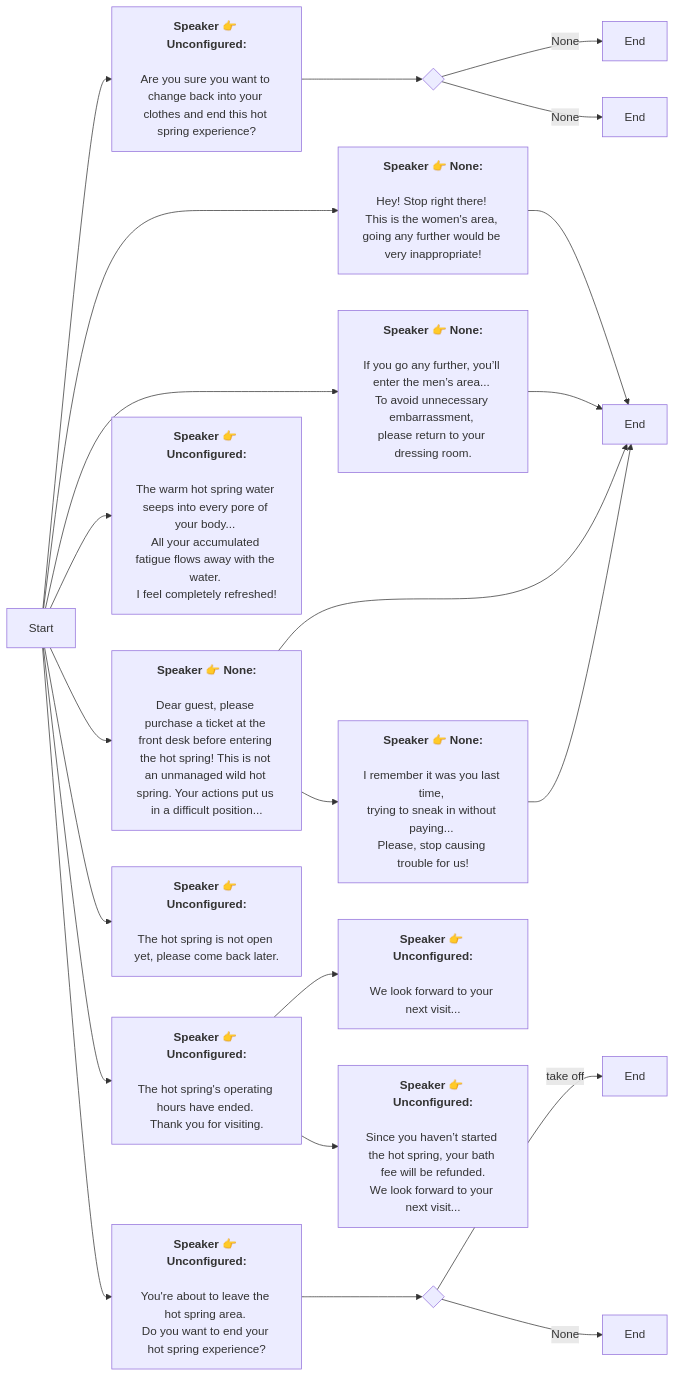
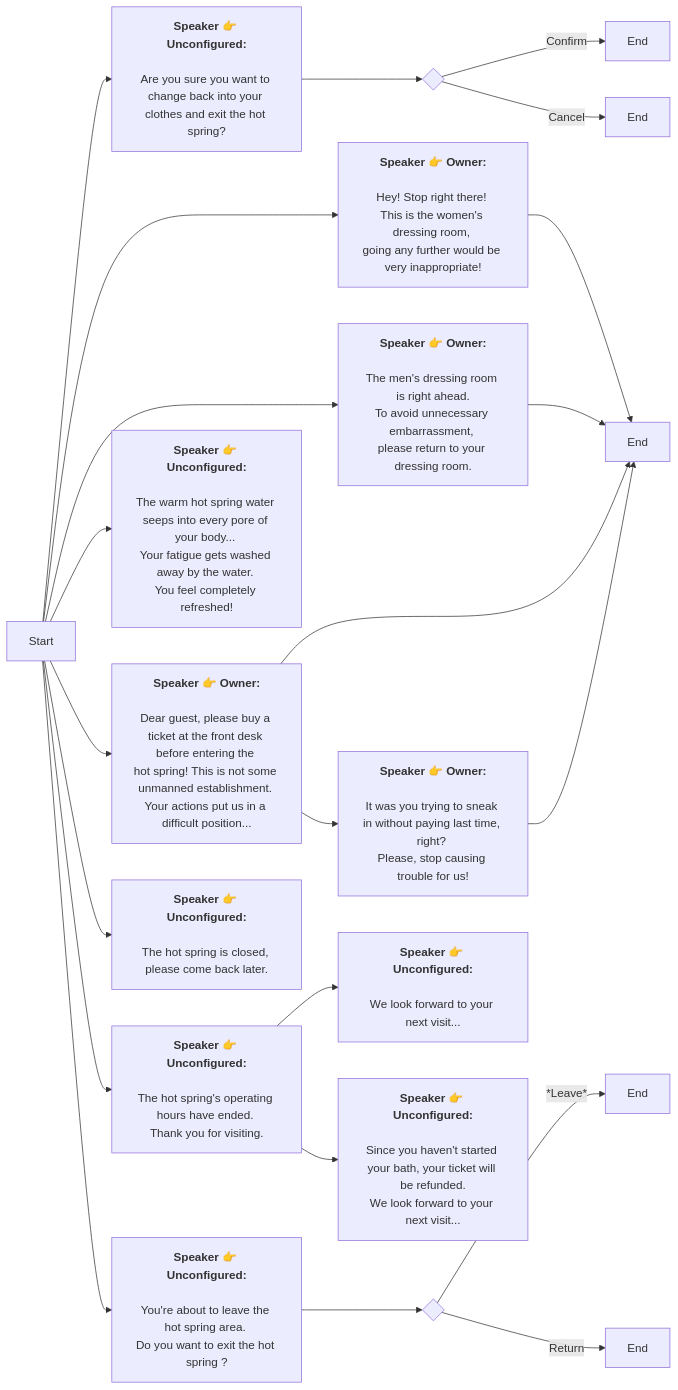
The diagram in En/HotSpringTip.md (SoftHu/tos_avg), drawn with Mermaid before and after one commit. The commit also changed 312 other files, not shown here.

````diff
--- a/En/HotSpringTip.md
+++ b/En/HotSpringTip.md
@@ -1,58 +1,60 @@
 ```mermaid
 graph LR
 Start -->1766836454846372[<b>Speaker 👉 Unconfigured:</b>
 
-Are you sure you want to change back into your clothes and end this hot spring experience?]
+Are you sure you want to change back into your 
+clothes and exit the hot spring?]
 1766836454846372 -->1766836545220517{ }
-1766836545220517 -->|None|1766836562522026[End]
-1766836545220517 -->|None|1766836566630315[End]
-Start -->1766852287585140[<b>Speaker 👉 None:</b>
+1766836545220517 -->|Confirm|1766836562522026[End]
+1766836545220517 -->|Cancel|1766836566630315[End]
+Start -->1766852287585140[<b>Speaker 👉 Owner:</b>
 
 Hey! Stop right there! 
-This is the women's area, 
+This is the women's dressing room, 
 going any further would be very inappropriate!]
 1766852287585140 -->1766852287585141[End]
-Start -->1766852287586167[<b>Speaker 👉 None:</b>
+Start -->1766852287586167[<b>Speaker 👉 Owner:</b>
 
-If you go any further, you’ll enter the men’s area... 
+The men's dressing room is right ahead.
 To avoid unnecessary embarrassment, 
 please return to your dressing room.]
 1766852287586167 -->1766852287585141[End]
-Start -->1766852287587193[<b>Speaker 👉 None:</b>
+Start -->1766852287587193[<b>Speaker 👉 Owner:</b>
 
-Dear guest, please purchase a ticket at the front desk before entering the hot spring! This is not an unmanaged wild hot spring. Your actions put us in a difficult position...]
+Dear guest, please buy a ticket at the front desk before entering the 
+hot spring! This is not some unmanned establishment. 
+Your actions put us in a difficult position...]
 1766852287587193 -->1766852287585141[End]
-1766852287587193 -->1767554932649846[<b>Speaker 👉 None:</b>
+1766852287587193 -->1767554932649846[<b>Speaker 👉 Owner:</b>
 
-I remember it was you last time, 
-trying to sneak in without paying... 
+It was you trying to sneak in without paying last time, right? 
 Please, stop causing trouble for us!]
 1767554932649846 -->1766852287585141[End]
 Start -->1766918374598516[<b>Speaker 👉 Unconfigured:</b>
 
 You're about to leave the hot spring area. 
-Do you want to end your hot spring experience?]
+Do you want to exit the hot spring ?]
 1766918374598516 -->1766918444977013{ }
-1766918444977013 -->|take off|1766918461645690[End]
-1766918444977013 -->|None|1766918461645691[End]
+1766918444977013 -->|*Leave*|1766918461645690[End]
+1766918444977013 -->|Return|1766918461645691[End]
 Start -->1767362903380854[<b>Speaker 👉 Unconfigured:</b>
 
 The warm hot spring water seeps into every pore of your body... 
-All your accumulated fatigue flows away with the water. 
-I feel completely refreshed!]
+Your fatigue gets washed away by the water. 
+You feel completely refreshed!]
 Start -->1767390022138742[<b>Speaker 👉 Unconfigured:</b>
 
 The hot spring's operating hours have ended. 
 Thank you for visiting.]
 1767390022138742 -->1767393921749878[<b>Speaker 👉 Unconfigured:</b>
 
 We look forward to your next visit...]
 1767390022138742 -->1767393960097655[<b>Speaker 👉 Unconfigured:</b>
 
-Since you haven’t started the hot spring, your bath fee will be refunded.
+Since you haven't started your bath, your ticket will be refunded.
 We look forward to your next visit...]
 Start -->1767391865579382[<b>Speaker 👉 Unconfigured:</b>
 
-The hot spring is not open yet, please come back later.]
+The hot spring is closed, please come back later.]
 
  ```
````
